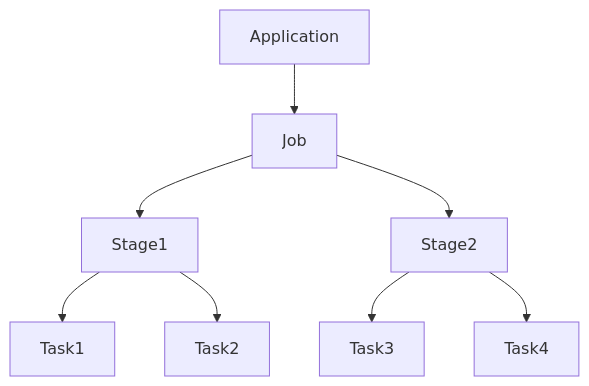
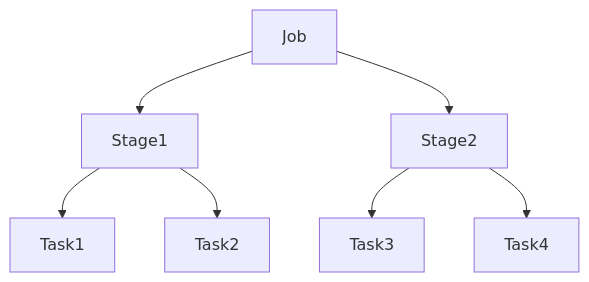
One commit to KETAKISANTOSHNIKURE/DATA_ENGINEER_KETAKI changed the diagram in spark-data-engineering-handbook/docs/12-jobs-stages-tasks.md. Above: the diagram before and after it, drawn with Mermaid. The commit also changed other lines of this file, not shown here.

````diff
--- a/spark-data-engineering-handbook/docs/12-jobs-stages-tasks.md
+++ b/spark-data-engineering-handbook/docs/12-jobs-stages-tasks.md
@@ -84,26 +78,21 @@
-```mermaid id="q8dcow"
+```mermaid
 flowchart TD
-
-Application
 
 Job
 
 Stage1
 Stage2
 
 Task1
 Task2
 Task3
 Task4
 
-Application --> Job
-
 Job --> Stage1
 Job --> Stage2
 
 Stage1 --> Task1
 Stage1 --> Task2
-
 Stage2 --> Task3
 Stage2 --> Task4
 ```
````
